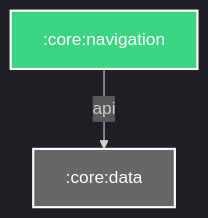
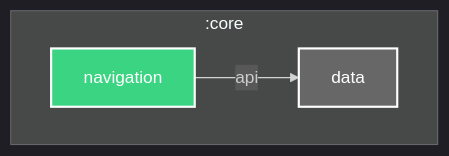
One commit to Dussim/cv-app changed the diagram in core/navigation/README.md. Above: the diagram before and after it, drawn with Mermaid. The commit also changed 24 other files, not shown here.

Commit message:
Update READMEs with module hierarchy graphs, refactor Gradle configurations, and bump dependencies

````diff
--- a/core/navigation/README.md
+++ b/core/navigation/README.md
@@ -3,16 +3,21 @@
 ```mermaid
 %%{
   init: {
     'theme': 'dark'
   }
 }%%
 
 graph TB
+  subgraph :core
+    :core:navigation["navigation"]
+    :core:data["data"]
+  end
+
   :core:navigation -- api --> :core:data
 
 classDef android-library fill:#3BD482,stroke:#fff,stroke-width:2px,color:#fff;
 classDef unknown fill:#676767,stroke:#fff,stroke-width:2px,color:#fff;
 class :core:navigation android-library
 class :core:data unknown
 
 ```
````
